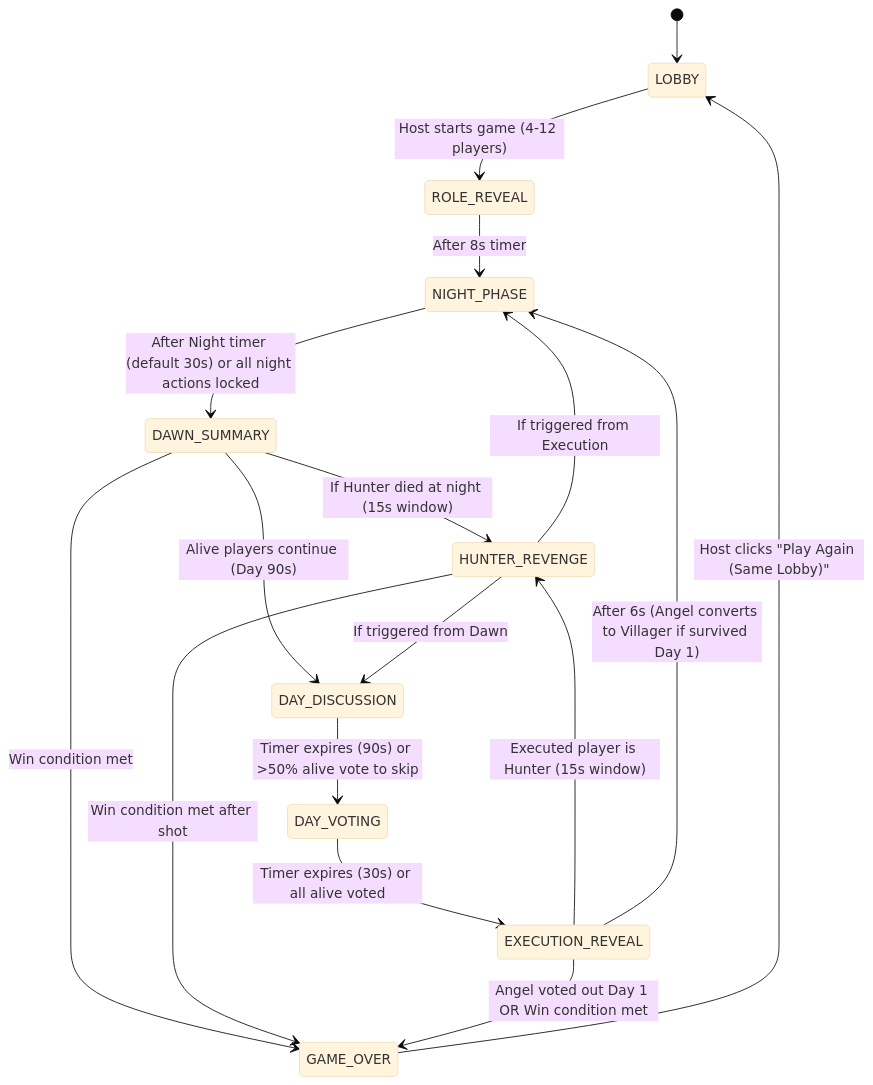
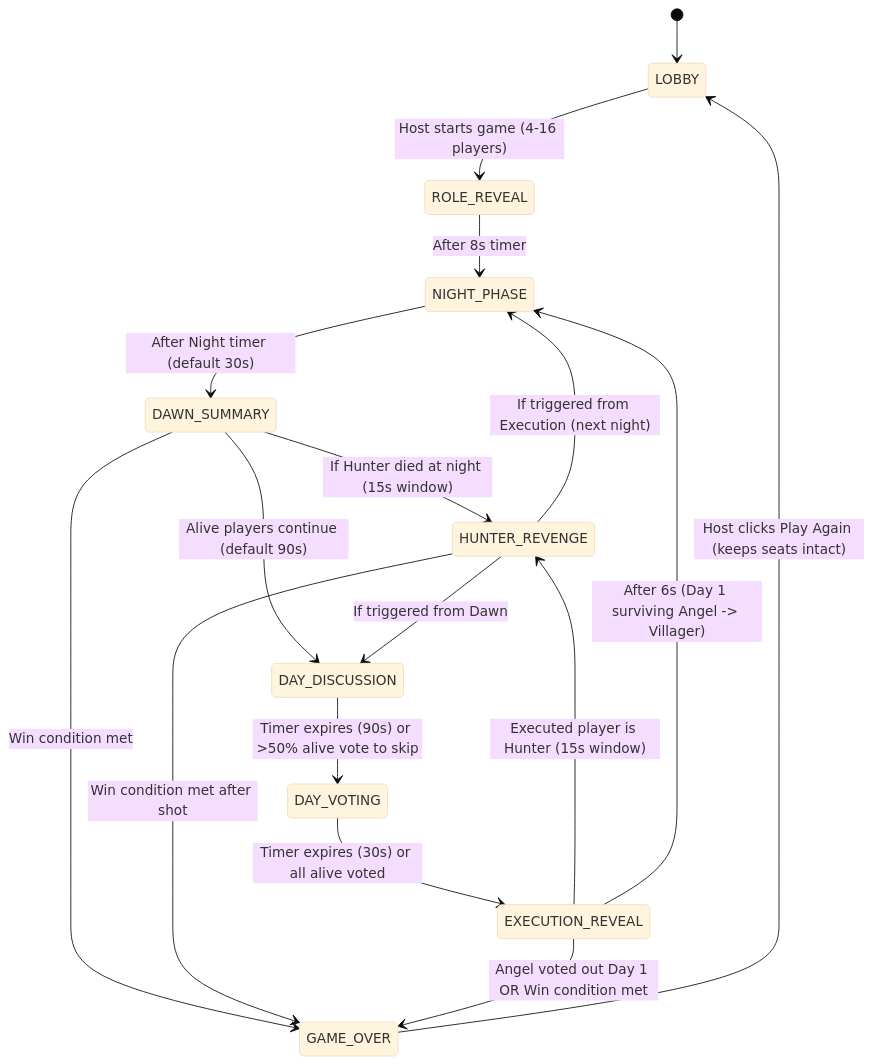
One commit to Ali0lo/agrou changed the diagram in ARCHITECTURE.md. Above: the diagram before and after it, drawn with Mermaid (base theme). The commit also changed other lines of this file and 22 other files, not shown here.

````diff
--- a/ARCHITECTURE.md
+++ b/ARCHITECTURE.md
@@ -45,19 +37,19 @@
 ```mermaid
 stateDiagram-v2
     [*] --> LOBBY
-    LOBBY --> ROLE_REVEAL : Host starts game (4-12 players)
+    LOBBY --> ROLE_REVEAL : Host starts game (4-16 players)
     ROLE_REVEAL --> NIGHT_PHASE : After 8s timer
-    NIGHT_PHASE --> DAWN_SUMMARY : After Night timer (default 30s) or all night actions locked
+    NIGHT_PHASE --> DAWN_SUMMARY : After Night timer (default 30s)
     DAWN_SUMMARY --> HUNTER_REVENGE : If Hunter died at night (15s window)
     DAWN_SUMMARY --> GAME_OVER : Win condition met
-    DAWN_SUMMARY --> DAY_DISCUSSION : Alive players continue (Day 90s)
+    DAWN_SUMMARY --> DAY_DISCUSSION : Alive players continue (default 90s)
     HUNTER_REVENGE --> GAME_OVER : Win condition met after shot
     HUNTER_REVENGE --> DAY_DISCUSSION : If triggered from Dawn
-    HUNTER_REVENGE --> NIGHT_PHASE : If triggered from Execution
+    HUNTER_REVENGE --> NIGHT_PHASE : If triggered from Execution (next night)
     DAY_DISCUSSION --> DAY_VOTING : Timer expires (90s) or >50% alive vote to skip
     DAY_VOTING --> EXECUTION_REVEAL : Timer expires (30s) or all alive voted
     EXECUTION_REVEAL --> GAME_OVER : Angel voted out Day 1 OR Win condition met
     EXECUTION_REVEAL --> HUNTER_REVENGE : Executed player is Hunter (15s window)
-    EXECUTION_REVEAL --> NIGHT_PHASE : After 6s (Angel converts to Villager if survived Day 1)
-    GAME_OVER --> LOBBY : Host clicks "Play Again (Same Lobby)"
+    EXECUTION_REVEAL --> NIGHT_PHASE : After 6s (Day 1 surviving Angel -> Villager)
+    GAME_OVER --> LOBBY : Host clicks Play Again (keeps seats intact)
 ```
````
